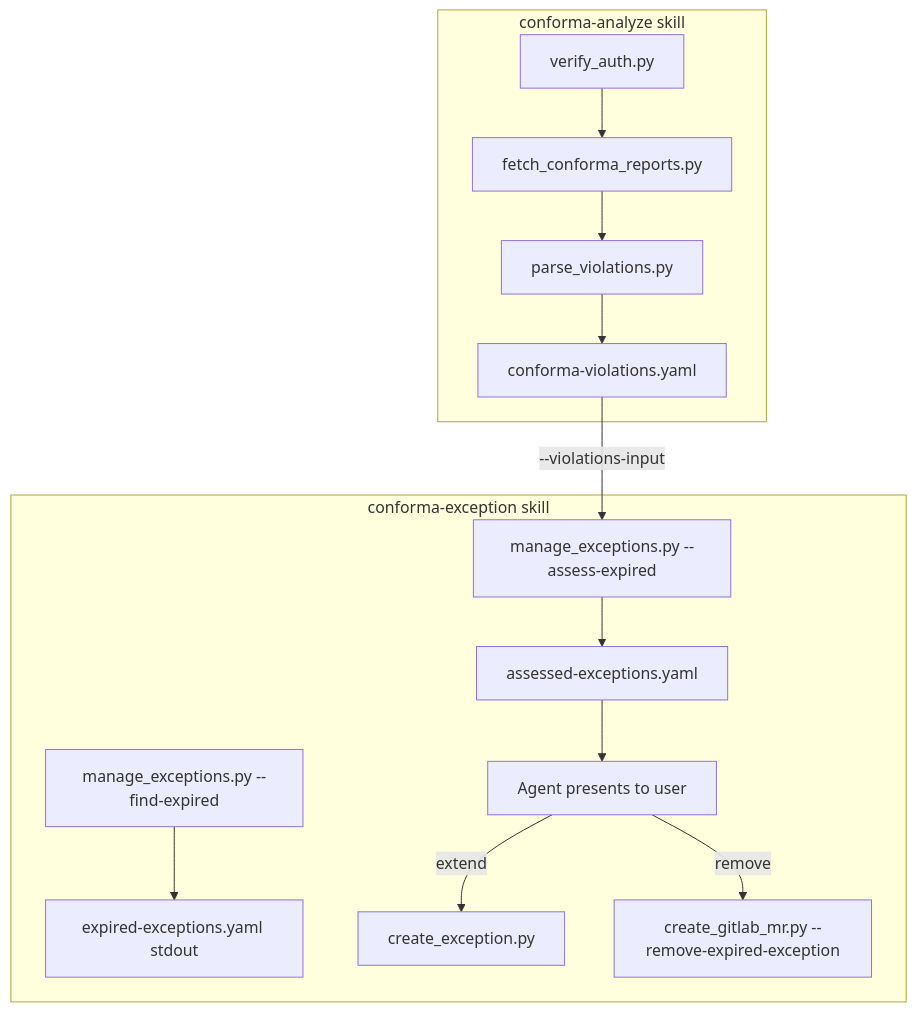
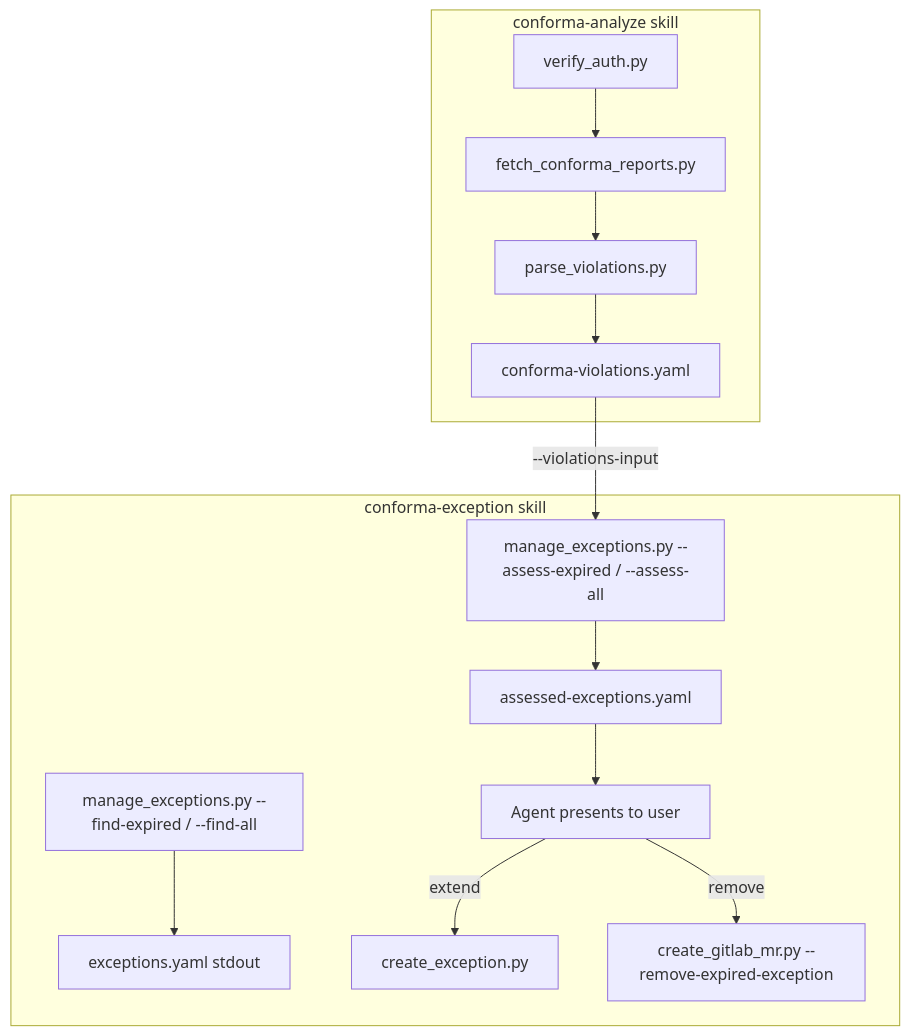
Before and after one commit to opendatahub-io/aiops-infra: the diagram in skills/conforma-exception/SKILL.md, drawn with Mermaid. The commit also changed other lines of this file and 12 other files, not shown here.

````diff
--- a/skills/conforma-exception/SKILL.md
+++ b/skills/conforma-exception/SKILL.md
@@ -589,16 +723,16 @@
 ```mermaid
 flowchart TD
     subgraph analyze [conforma-analyze skill]
         A1[verify_auth.py] --> A2[fetch_conforma_reports.py]
         A2 --> A3[parse_violations.py]
         A3 --> VY[conforma-violations.yaml]
     end
     subgraph exception [conforma-exception skill]
-        M1["manage_exceptions.py --find-expired"] --> EY[expired-exceptions.yaml stdout]
-        M2["manage_exceptions.py --assess-expired"] --> AY[assessed-exceptions.yaml]
+        M1["manage_exceptions.py --find-expired / --find-all"] --> EY[exceptions.yaml stdout]
+        M2["manage_exceptions.py --assess-expired / --assess-all"] --> AY[assessed-exceptions.yaml]
         AY --> UserReview[Agent presents to user]
         UserReview -->|extend| CE[create_exception.py]
         UserReview -->|remove| GM["create_gitlab_mr.py --remove-expired-exception"]
     end
     VY -->|"--violations-input"| M2
 ```
````
